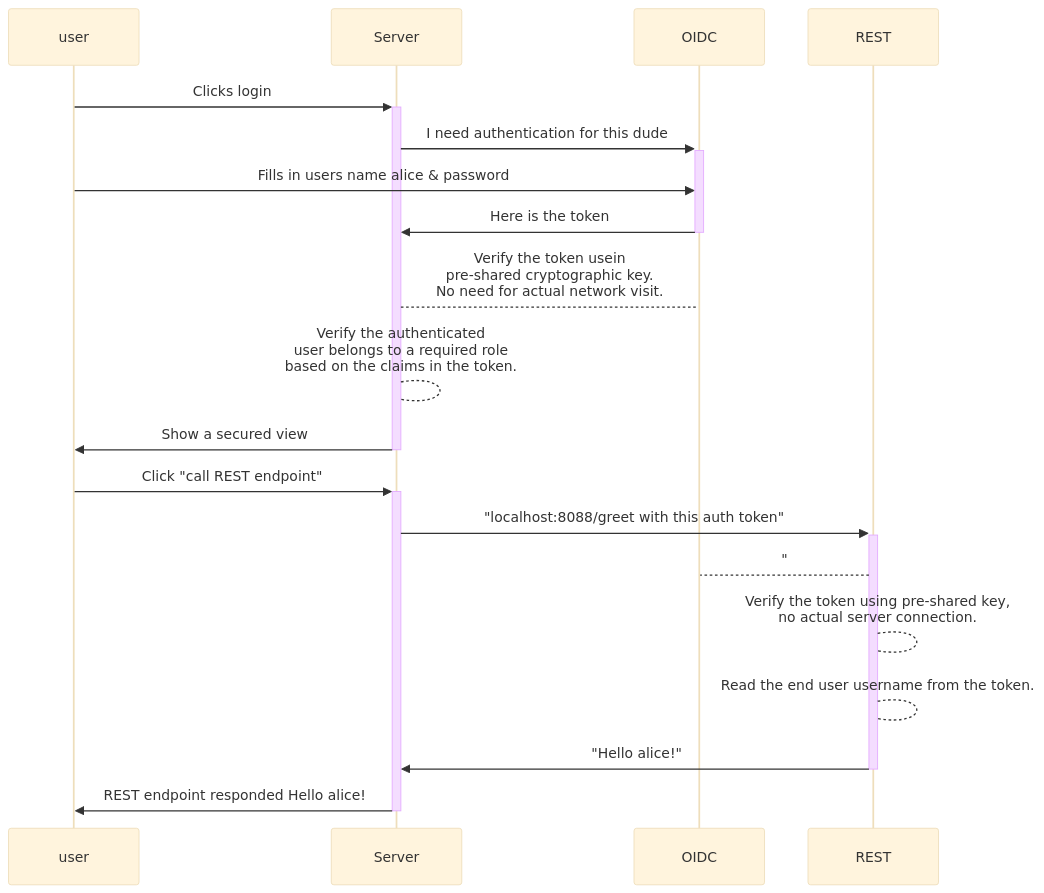
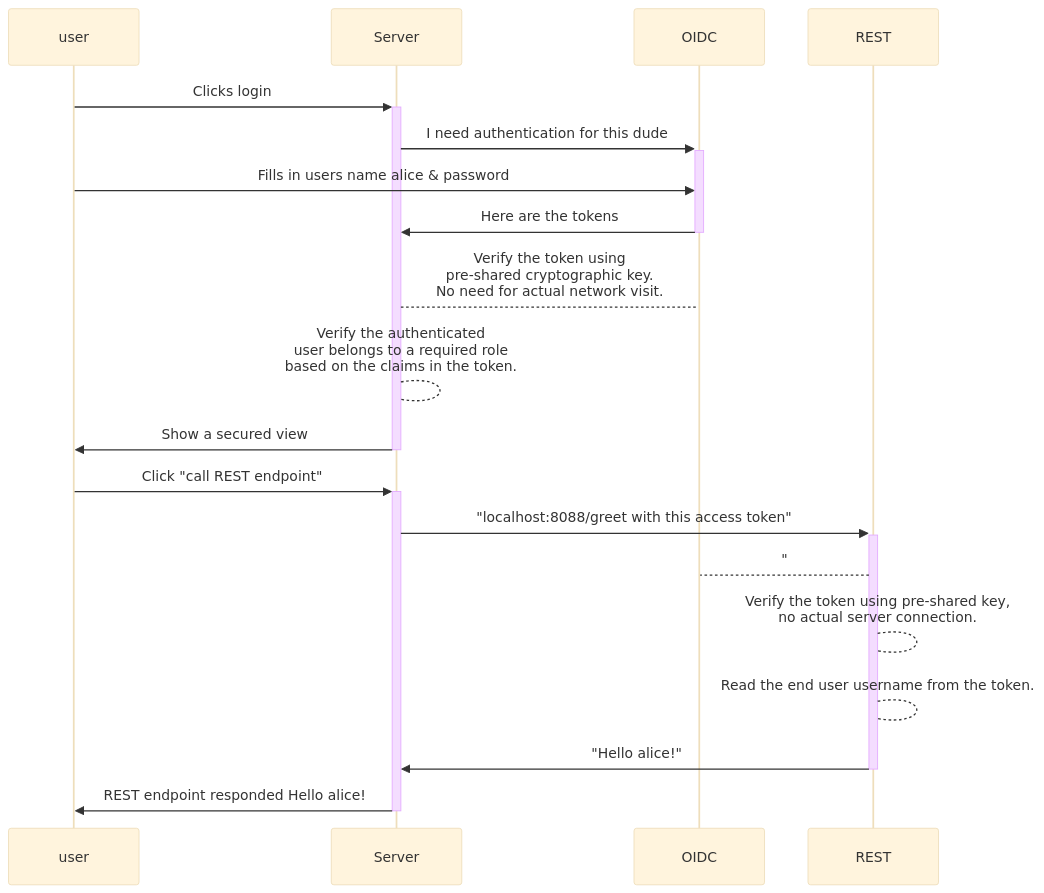
One commit to mstahv/quarkus-vaadin-example changed the second of 2 diagrams in README.md. Above: the diagram before and after it, drawn with Mermaid (base theme).

````diff
--- a/README.md
+++ b/README.md
@@ -30,18 +30,18 @@
 ```mermaid
 sequenceDiagram
     user->>+Server: Clicks login
     Server->>+OIDC: I need authentication for this dude
     user->>OIDC: Fills in users name alice & password
-    OIDC->>-Server: Here is the token
-    Server-->OIDC: Verify the token usein <br>pre-shared cryptographic key.<br>No need for actual network visit.
+    OIDC->>-Server: Here are the tokens
+    Server-->OIDC: Verify the token using <br>pre-shared cryptographic key.<br>No need for actual network visit.
     Server-->Server: Verify the authenticated <br>user belongs to a required role<br>based on the claims in the token.
     Server->>-user: Show a secured view
     user->>+Server: Click "call REST endpoint"
-    Server->>+REST: "localhost:8088/greet with this auth token"
+    Server->>+REST: "localhost:8088/greet with this access token"
     REST-->OIDC: "
     REST-->REST: Verify the token using pre-shared key,<br> no actual server connection.
     REST-->REST: Read the end user username from the token.
     REST->>-Server: "Hello alice!"    
     Server->>-user: REST endpoint responded Hello alice!
 
 ```
````
